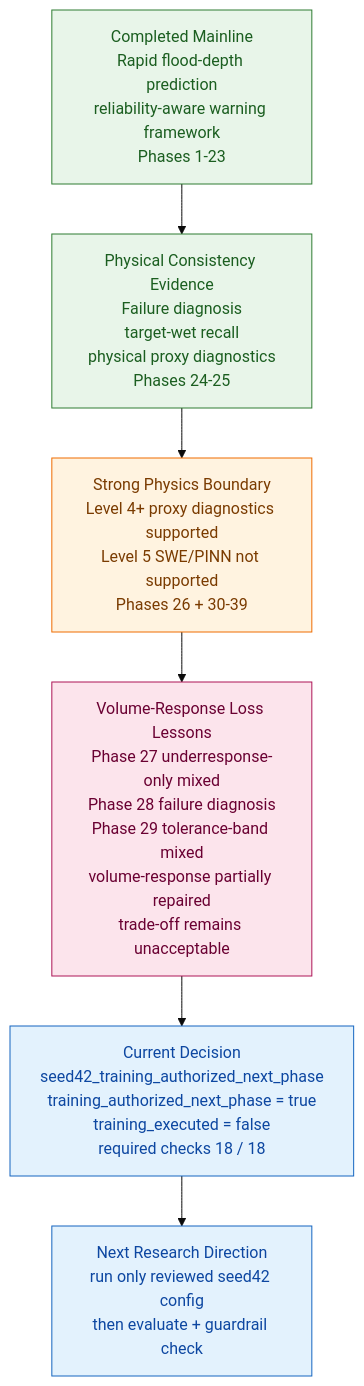
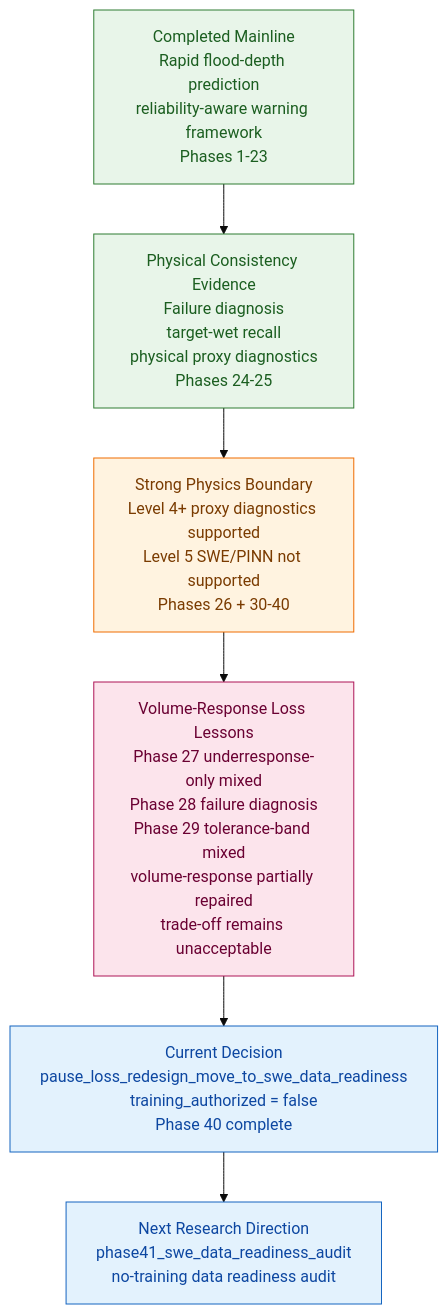
The third of 3 diagrams in README.md (HolyLin990604/physics-guided-urban-flood-prediction), drawn with Mermaid (base theme) before and after one commit. The commit also changed other lines of this file and 2 other files, not shown here.

Commit message:
docs: sync phase40 next constraint decision status

````diff
--- a/README.md
+++ b/README.md
@@ -476,16 +478,16 @@
 ```mermaid
 flowchart TD
     A["Completed Mainline<br/>Rapid flood-depth prediction<br/>reliability-aware warning framework<br/>Phases 1-23"]:::completed
     B["Physical Consistency Evidence<br/>Failure diagnosis<br/>target-wet recall<br/>physical proxy diagnostics<br/>Phases 24-25"]:::completed
-    C["Strong Physics Boundary<br/>Level 4+ proxy diagnostics supported<br/>Level 5 SWE/PINN not supported<br/>Phases 26 + 30-39"]:::boundary
+    C["Strong Physics Boundary<br/>Level 4+ proxy diagnostics supported<br/>Level 5 SWE/PINN not supported<br/>Phases 26 + 30-40"]:::boundary
     D["Volume-Response Loss Lessons<br/>Phase 27 underresponse-only mixed<br/>Phase 28 failure diagnosis<br/>Phase 29 tolerance-band mixed<br/>volume-response partially repaired<br/>trade-off remains unacceptable"]:::diagnosis
-    E["Current Decision<br/>seed42_training_authorized_next_phase<br/>training_authorized_next_phase = true<br/>training_executed = false<br/>required checks 18 / 18"]:::current
-    F["Next Research Direction<br/>run only reviewed seed42 config<br/>then evaluate + guardrail check"]:::current
+    E["Current Decision<br/>pause_loss_redesign_move_to_swe_data_readiness<br/>training_authorized = false<br/>Phase 40 complete"]:::current
+    F["Next Research Direction<br/>phase41_swe_data_readiness_audit<br/>no-training data readiness audit"]:::current
 
     A --> B --> C --> D --> E --> F
 
     classDef completed fill:#e8f5e9,stroke:#2e7d32,color:#1b5e20
     classDef boundary fill:#fff3e0,stroke:#ef6c00,color:#7a3b00
     classDef diagnosis fill:#fce4ec,stroke:#ad1457,color:#6a0032
     classDef current fill:#e3f2fd,stroke:#1565c0,color:#0d47a1
 ```
````
